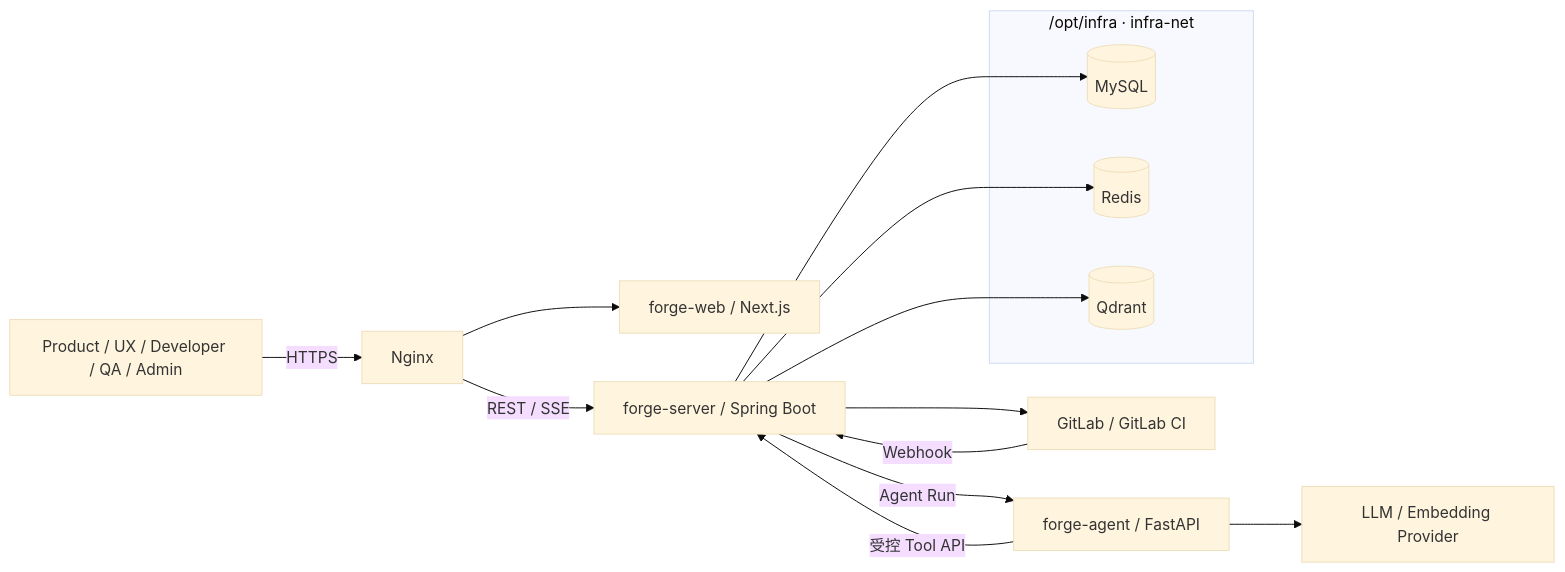
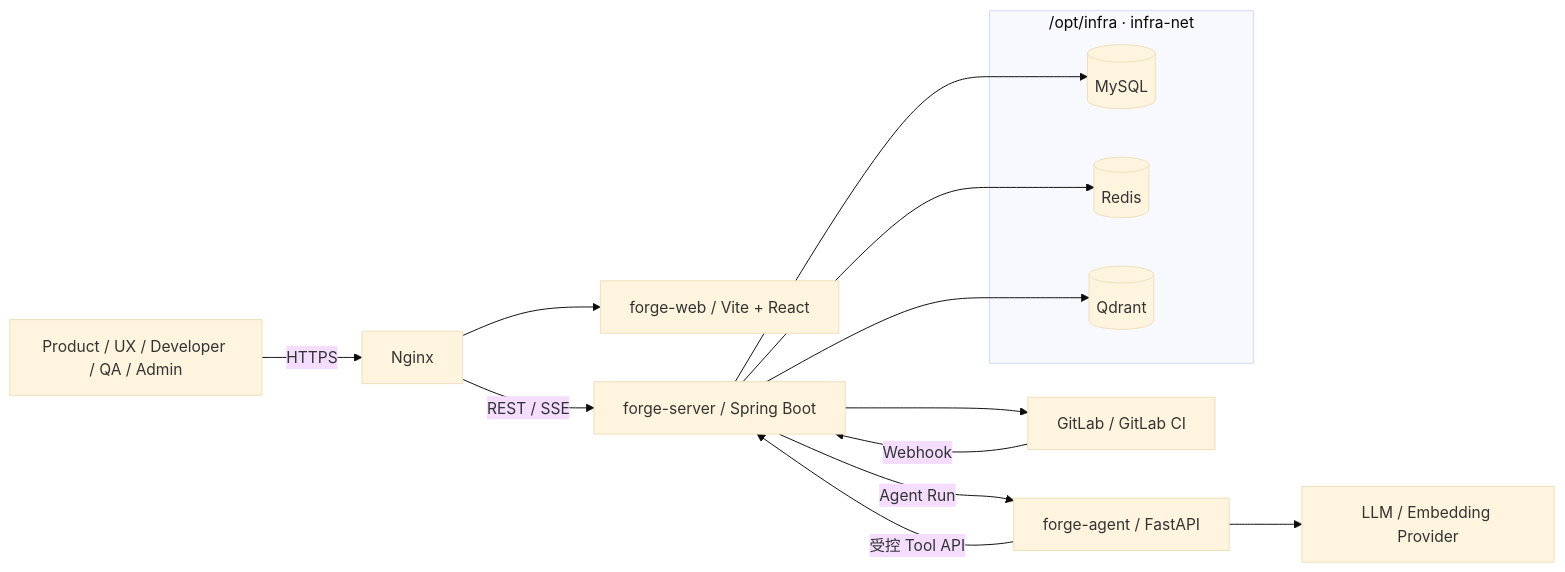
The first of 7 diagrams in docs/design/ForgeAI_完整技术方案_v1.3.md (yanghheda/forge-ai), drawn with Mermaid (base theme) before and after one commit. The commit also changed other lines of this file and 134 other files, not shown here.

````diff
--- a/docs/design/ForgeAI_完整技术方案_v1.3.md
+++ b/docs/design/ForgeAI_完整技术方案_v1.3.md
@@ -115,19 +115,19 @@
 ```mermaid
 flowchart LR
     U[Product / UX / Developer / QA / Admin] -->|HTTPS| N[Nginx]
-    N --> W[forge-web / Next.js]
+    N --> W[forge-web / Vite + React]
     N -->|REST / SSE| B[forge-server / Spring Boot]
     subgraph I["/opt/infra · infra-net"]
         M[(MySQL)]
         R[(Redis)]
         Q[(Qdrant)]
     end
     B --> M
     B --> R
     B --> Q
     B -->|Agent Run| A[forge-agent / FastAPI]
     A -->|受控 Tool API| B
     A --> L[LLM / Embedding Provider]
     B --> G[GitLab / GitLab CI]
     G -->|Webhook| B
 ```
````
